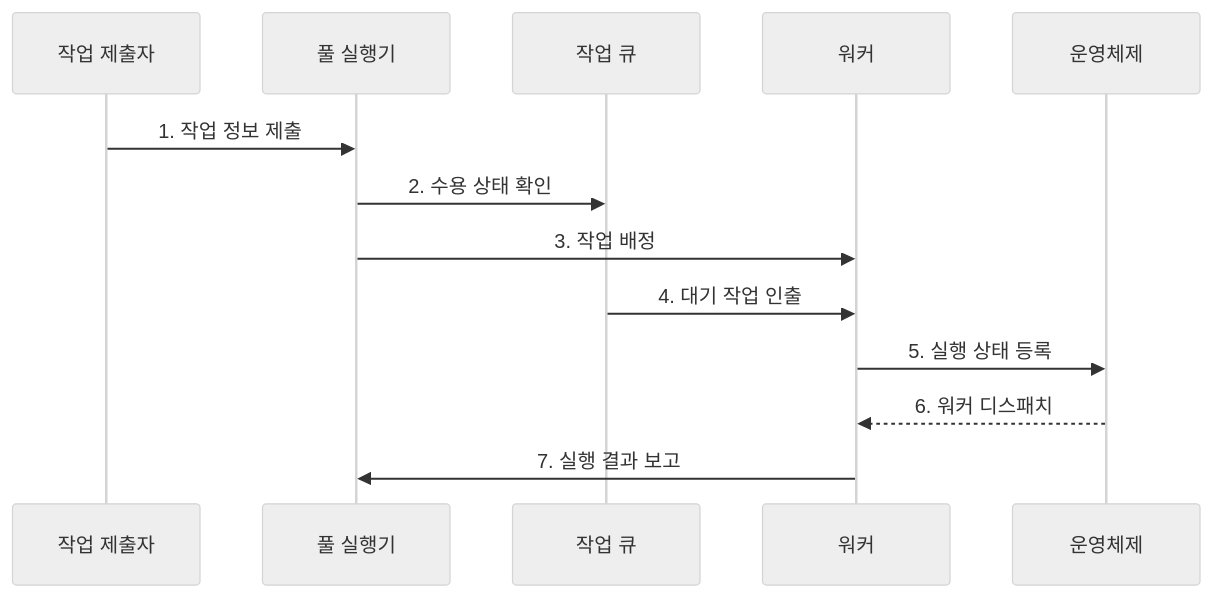
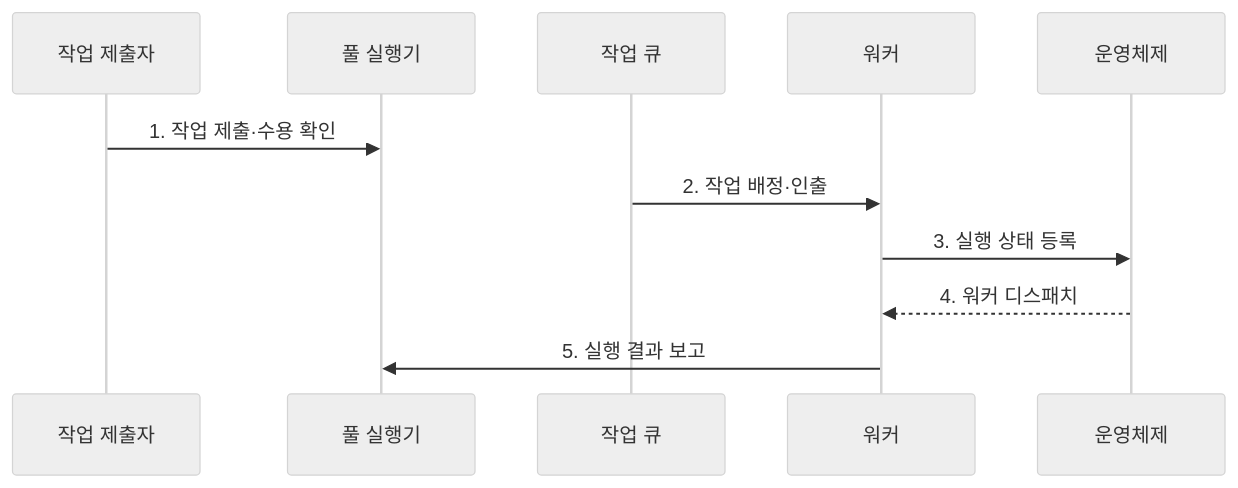
The second of 2 diagrams in src/content/docs/notes/03-software/008_thread_pool.md (agnusdei1207/knowledge-base), drawn with Mermaid (neutral theme) before and after one commit. The commit also changed other lines of this file and 238 other files, not shown here.

````diff
--- a/src/content/docs/notes/03-software/008_thread_pool.md
+++ b/src/content/docs/notes/03-software/008_thread_pool.md
@@ -88,15 +88,13 @@
 ```mermaid
 sequenceDiagram
     participant S as 작업 제출자
     participant E as 풀 실행기
     participant Q as 작업 큐
     participant W as 워커
     participant C as 운영체제
-    S->>E: 1. 작업 정보 제출
-    E->>Q: 2. 수용 상태 확인
-    E->>W: 3. 작업 배정
-    Q->>W: 4. 대기 작업 인출
-    W->>C: 5. 실행 상태 등록
-    C-->>W: 6. 워커 디스패치
-    W->>E: 7. 실행 결과 보고
+    S->>E: 1. 작업 제출·수용 확인
+    Q->>W: 2. 작업 배정·인출
+    W->>C: 3. 실행 상태 등록
+    C-->>W: 4. 워커 디스패치
+    W->>E: 5. 실행 결과 보고
 ```
````
